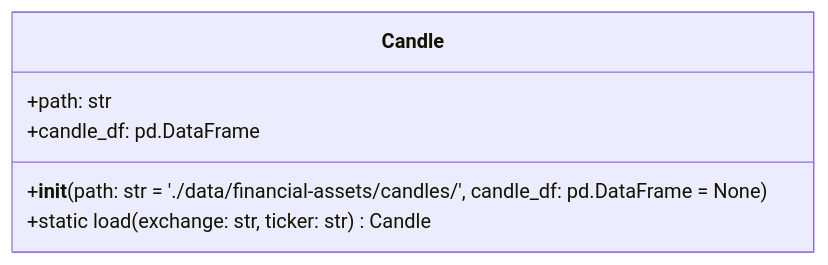
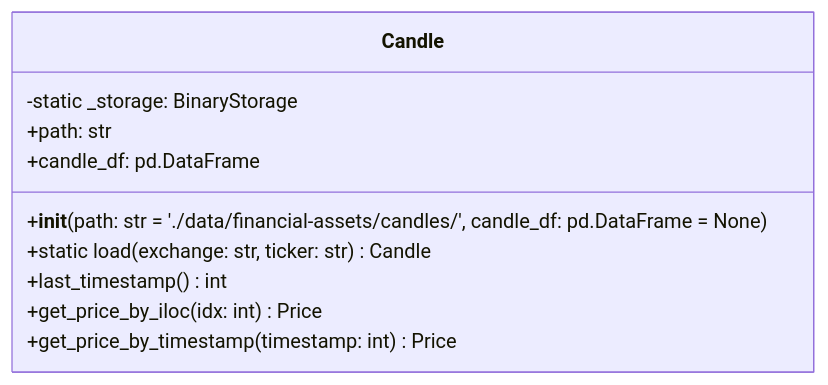
One commit to gatesplan/python-toolbox changed the second of 3 diagrams in packages/financial-assets/financial_assets/candle/Architecture.md. Above: the diagram before and after it, drawn with Mermaid. The commit also changed other lines of this file and 1 other file, not shown here.

First line of the commit message:
feat(financial-assets): Candle 아키텍처 확장 및 Price 모듈 추가

````diff
--- a/packages/financial-assets/financial_assets/candle/Architecture.md
+++ b/packages/financial-assets/financial_assets/candle/Architecture.md
@@ -41,9 +60,13 @@
 ```mermaid
 classDiagram
     class Candle {
+        -static _storage: BinaryStorage
         +path: str
         +candle_df: pd.DataFrame
         +__init__(path: str = './data/financial-assets/candles/', candle_df: pd.DataFrame = None)
         +static load(exchange: str, ticker: str) Candle
+        +last_timestamp() int
+        +get_price_by_iloc(idx: int) Price
+        +get_price_by_timestamp(timestamp: int) Price
     }
 ```
````
